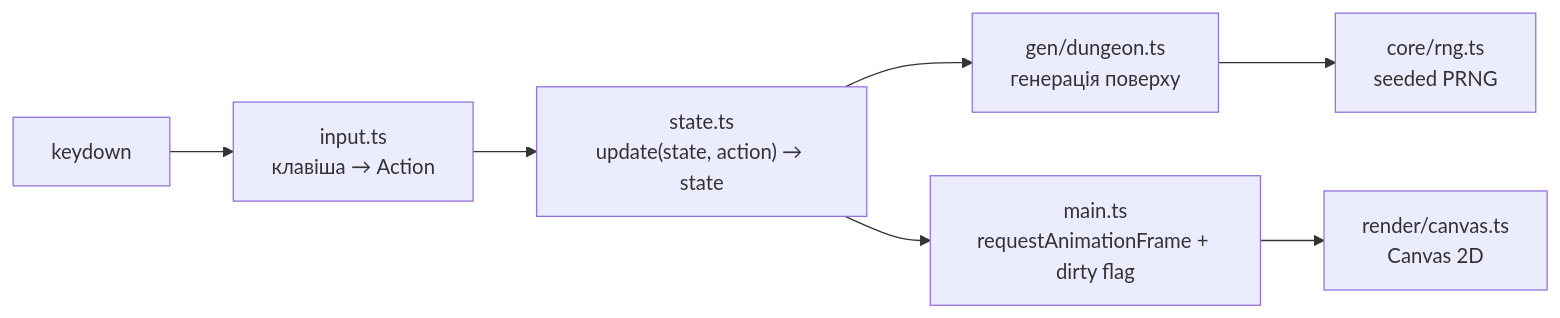
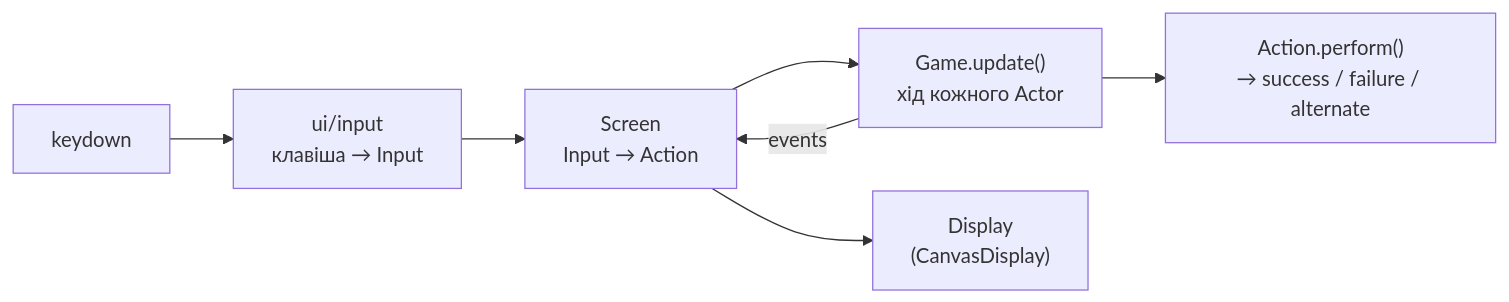
One commit to old7evenn/roguelike changed the diagram in README.md. Above: the diagram before and after it, drawn with Mermaid. The commit also changed other lines of this file, not shown here.

Commit message:
docs: describe architecture and design patterns

````diff
--- a/README.md
+++ b/README.md
@@ -32,9 +45,9 @@
 ```mermaid
 flowchart LR
-    K[keydown] --> I[input.ts<br/>клавіша → Action]
-    I --> U["state.ts<br/>update(state, action) → state"]
-    U --> G[gen/dungeon.ts<br/>генерація поверху]
-    G --> R[core/rng.ts<br/>seeded PRNG]
-    U --> L["main.ts<br/>requestAnimationFrame + dirty flag"]
-    L --> C[render/canvas.ts<br/>Canvas 2D]
+    K[keydown] --> I["ui/input<br/>клавіша → Input"]
+    I --> S["Screen<br/>Input → Action"]
+    S --> G["Game.update()<br/>хід кожного Actor"]
+    G --> A["Action.perform()<br/>→ success / failure / alternate"]
+    G -- events --> S
+    S --> D["Display<br/>(CanvasDisplay)"]
 ```
````
